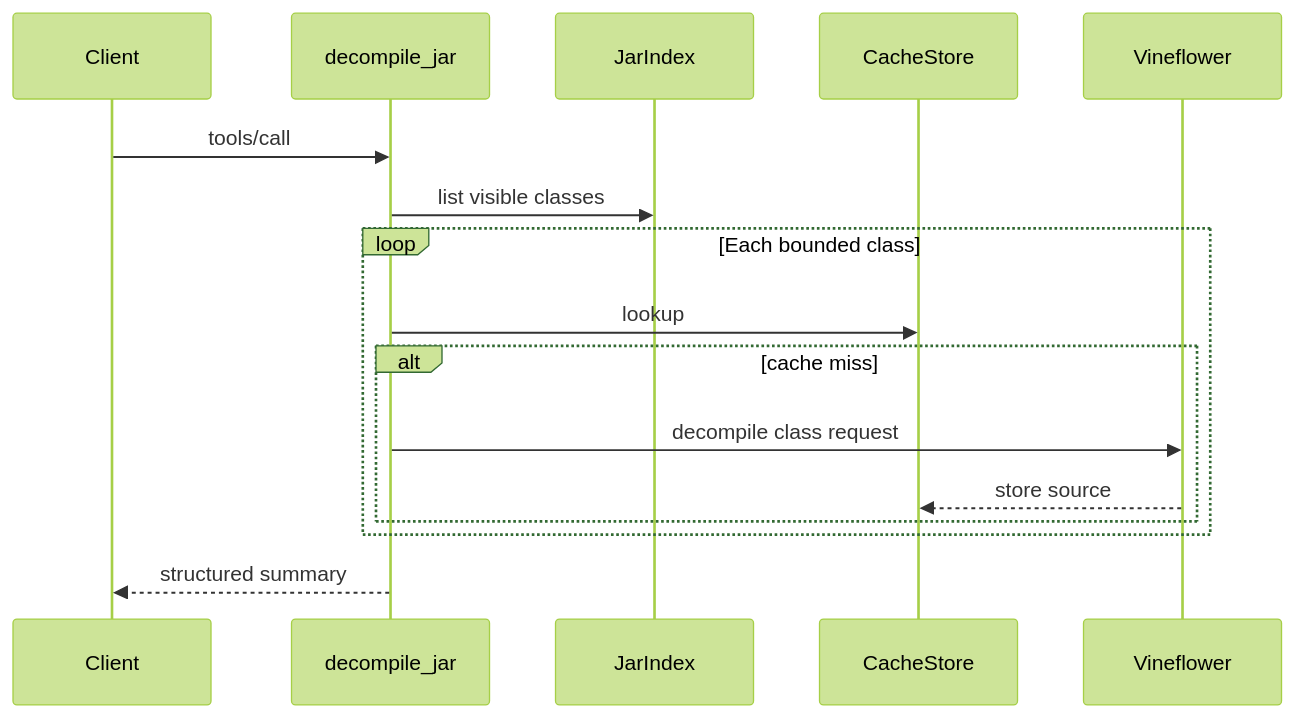
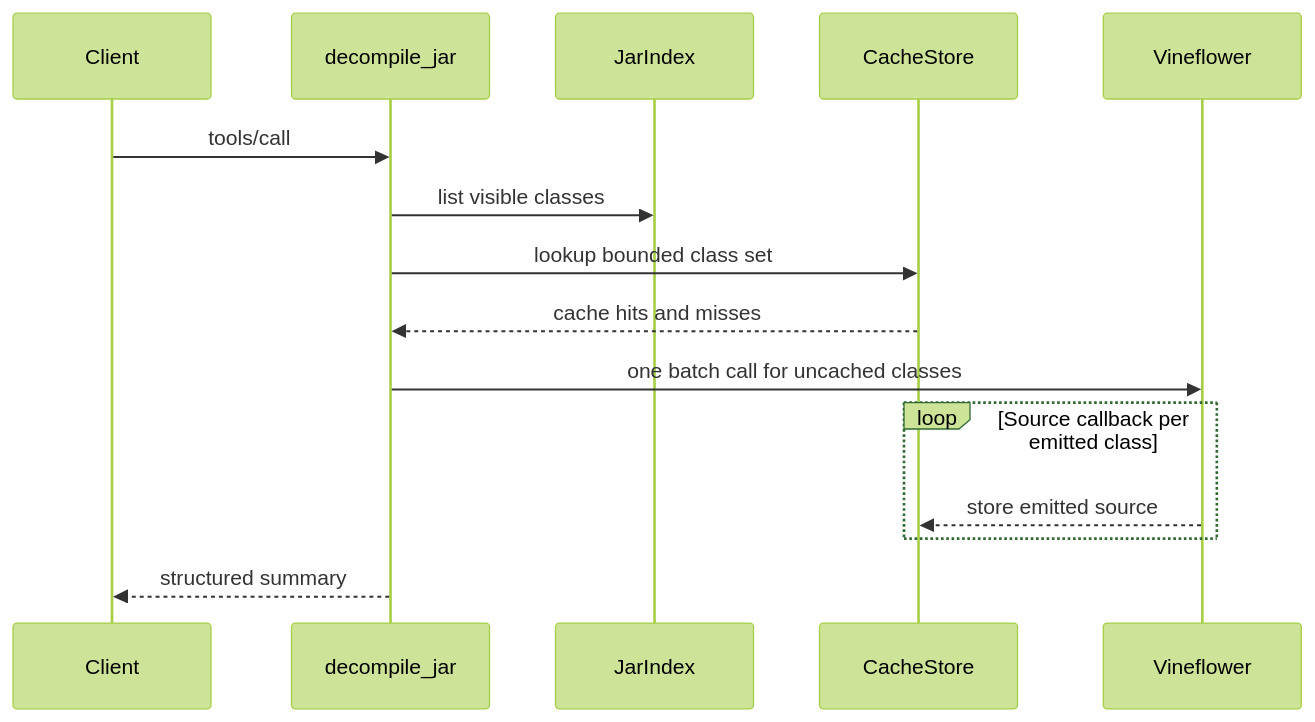
The diagram in docs/tools/decompile-jar.md (Kait0u/jaroscope), drawn with Mermaid (forest theme) before and after one commit. The commit also changed 9 other files, not shown here.

Commit message:
Batch whole-JAR decompilation in one Vineflower run.

````diff
--- a/docs/tools/decompile-jar.md
+++ b/docs/tools/decompile-jar.md
@@ -37,18 +37,17 @@
 ```mermaid
 sequenceDiagram
     participant Client
     participant Tool as decompile_jar
     participant Index as JarIndex
     participant Cache as CacheStore
     participant VF as Vineflower
     Client->>Tool: tools/call
     Tool->>Index: list visible classes
-    loop Each bounded class
-        Tool->>Cache: lookup
-        alt cache miss
-            Tool->>VF: decompile class request
-            VF-->>Cache: store source
-        end
+    Tool->>Cache: lookup bounded class set
+    Cache-->>Tool: cache hits and misses
+    Tool->>VF: one batch call for uncached classes
+    loop Source callback per emitted class
+        VF-->>Cache: store emitted source
     end
     Tool-->>Client: structured summary
 ```
````
